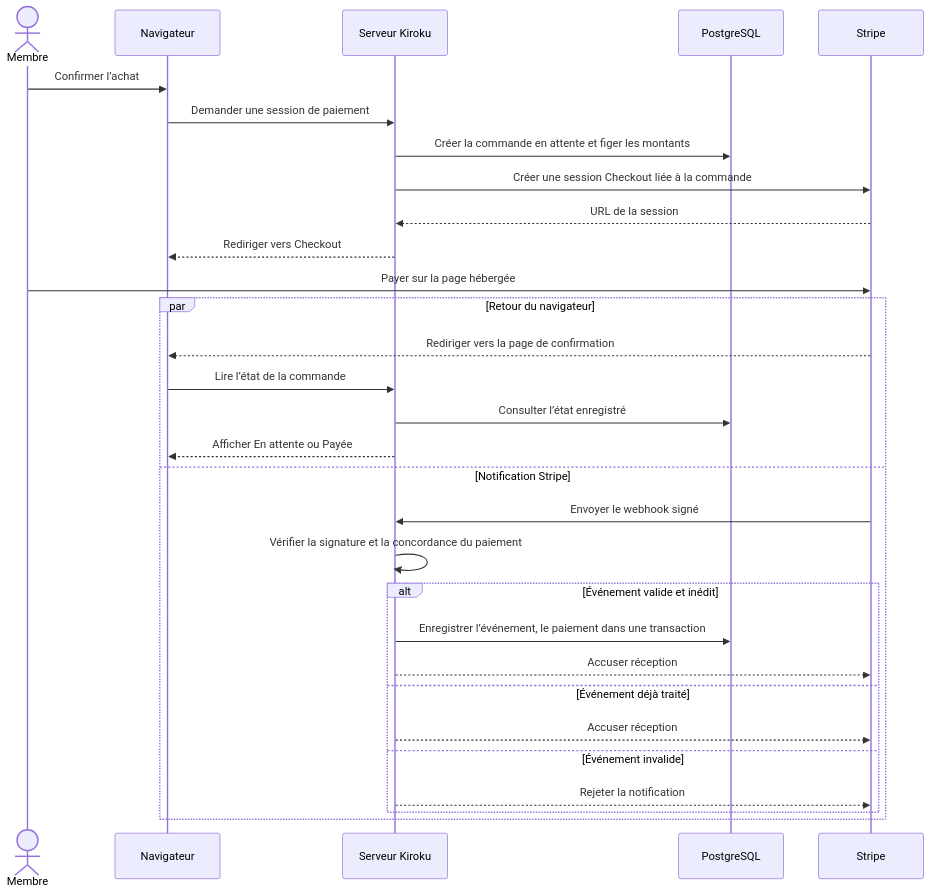
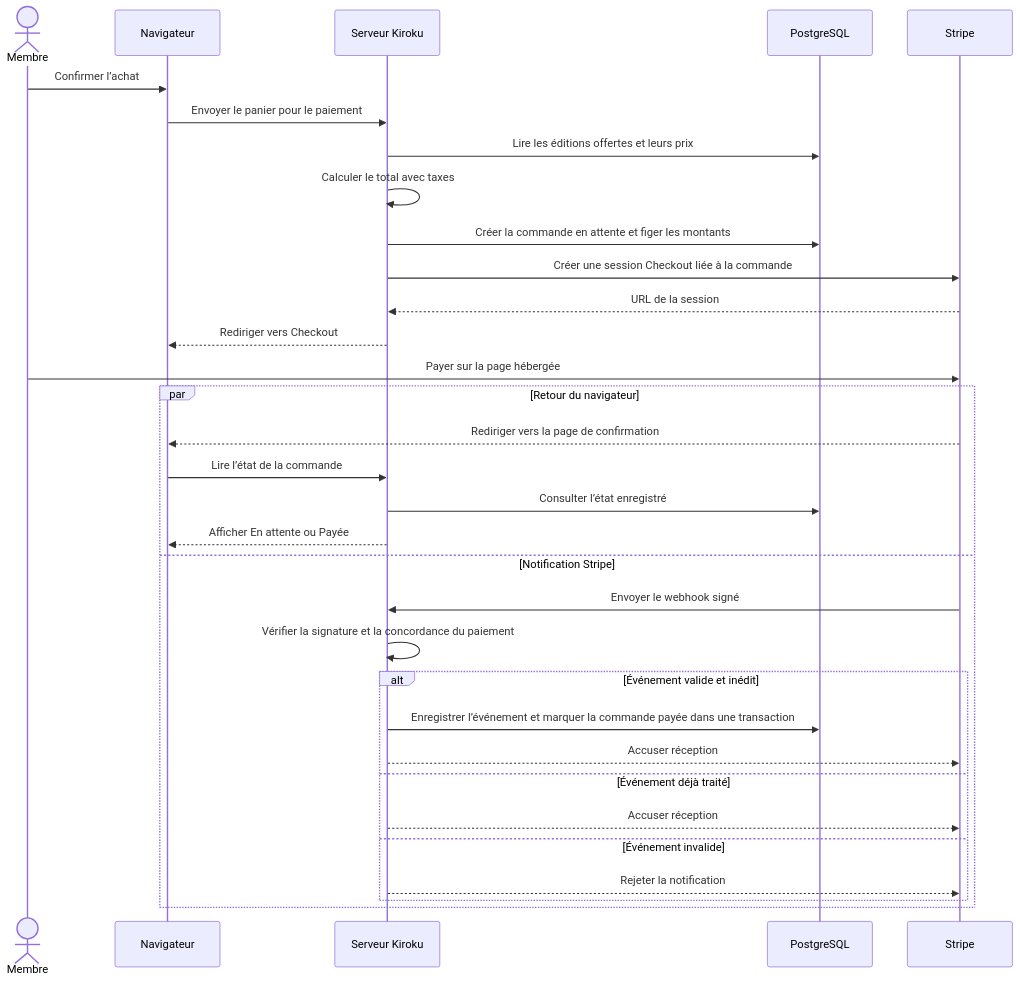
One commit to Jaska28/Kiroku-TP2-ServiceWeb changed the second of 2 diagrams in docs/cahier-des-charges.md. Above: the diagram before and after it, drawn with Mermaid. The commit also changed other lines of this file and 1 other file, not shown here.

````diff
--- a/docs/cahier-des-charges.md
+++ b/docs/cahier-des-charges.md
@@ -189,32 +194,34 @@
 ```mermaid
 sequenceDiagram
     actor M as Membre
     participant N as Navigateur
     participant K as Serveur Kiroku
     participant B as PostgreSQL
     participant S as Stripe
     M->>N: Confirmer l’achat
-    N->>K: Demander une session de paiement
+    N->>K: Envoyer le panier pour le paiement
+    K->>B: Lire les éditions offertes et leurs prix
+    K->>K: Calculer le total avec taxes
     K->>B: Créer la commande en attente et figer les montants
     K->>S: Créer une session Checkout liée à la commande
     S-->>K: URL de la session
     K-->>N: Rediriger vers Checkout
     M->>S: Payer sur la page hébergée
     par Retour du navigateur
         S-->>N: Rediriger vers la page de confirmation
         N->>K: Lire l’état de la commande
         K->>B: Consulter l’état enregistré
         K-->>N: Afficher En attente ou Payée
     and Notification Stripe
         S->>K: Envoyer le webhook signé
         K->>K: Vérifier la signature et la concordance du paiement
         alt Événement valide et inédit
-            K->>B: Enregistrer l’événement, le paiement dans une transaction
+            K->>B: Enregistrer l’événement et marquer la commande payée dans une transaction
             K-->>S: Accuser réception
         else Événement déjà traité
             K-->>S: Accuser réception
         else Événement invalide
             K-->>S: Rejeter la notification
         end
     end
 ```
````
